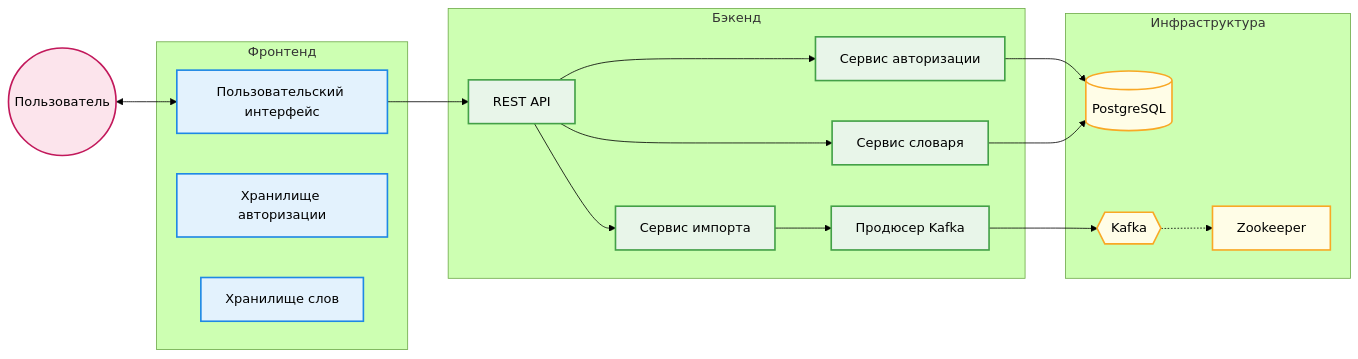
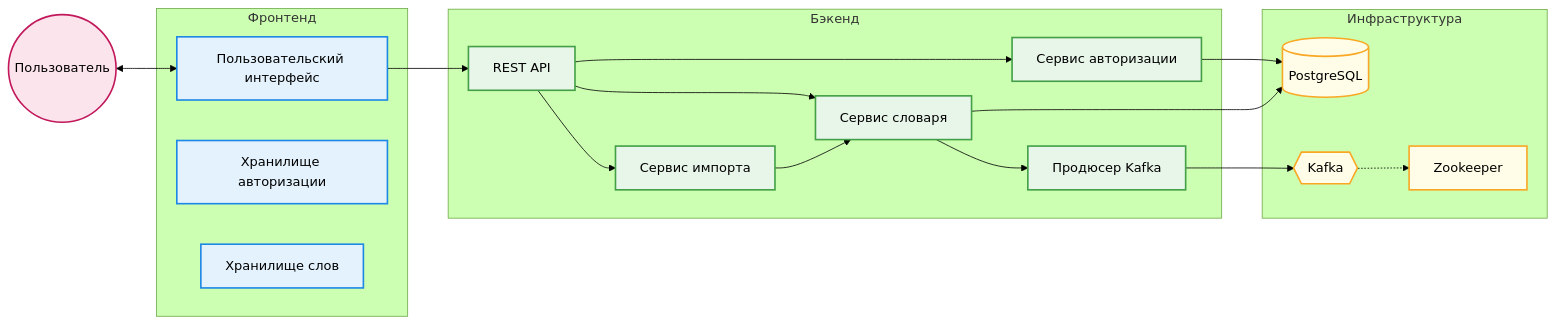
Before and after one commit to MindlessMuse666/j-dict: the first of 2 diagrams in README.md, drawn with Mermaid (forest theme). The commit also changed other lines of this file and 9 other files, not shown here.

````diff
--- a/README.md
+++ b/README.md
@@ -26,47 +26,48 @@
 ```mermaid
 graph LR
     User((Пользователь))
 
     subgraph FE["Фронтенд"]
         UI["Пользовательский интерфейс"]
         AuthStore["Хранилище авторизации"]
         WordStore["Хранилище слов"]
     end
 
     subgraph BE["Бэкенд"]
         API["REST API"]
         AuthService["Сервис авторизации"]
         WordService["Сервис словаря"]
         ImportService["Сервис импорта"]
         KafkaProducer["Продюсер Kafka"]
     end
 
     subgraph INF["Инфраструктура"]
         DB[(PostgreSQL)]
         Kafka{{Kafka}}
         Zookeeper["Zookeeper"]
     end
 
     User <--> UI
     UI --> API
 
     API --> AuthService
     API --> WordService
     API --> ImportService
 
     AuthService --> DB
     WordService --> DB
-    ImportService --> KafkaProducer
+    ImportService --> WordService
+    WordService --> KafkaProducer
     KafkaProducer --> Kafka
     Kafka -.-> Zookeeper
 
     classDef frontend fill:#E3F2FD,stroke:#1E88E5,stroke-width:2px
     classDef backend fill:#E8F5E9,stroke:#43A047,stroke-width:2px
     classDef infra fill:#FFFDE7,stroke:#F9A825,stroke-width:2px
     classDef user fill:#FCE4EC,stroke:#C2185B,stroke-width:2px
 
     class UI,AuthStore,WordStore frontend
     class API,AuthService,WordService,ImportService,KafkaProducer backend
     class DB,Kafka,Zookeeper infra
     class User user
 ```
````
